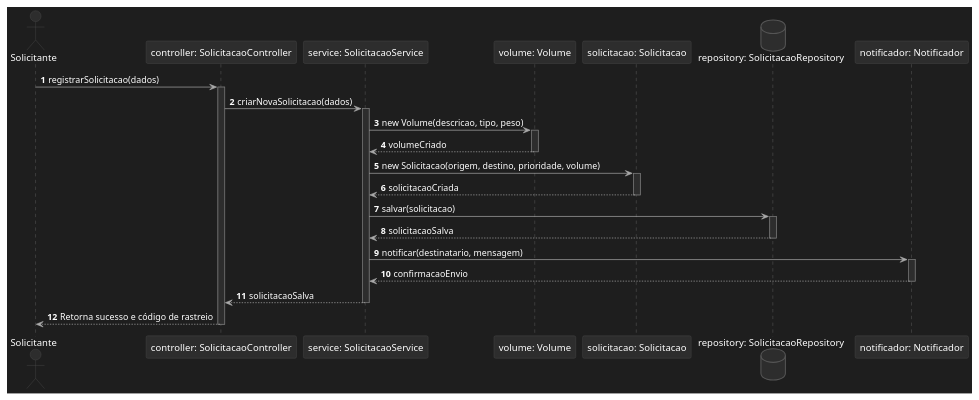
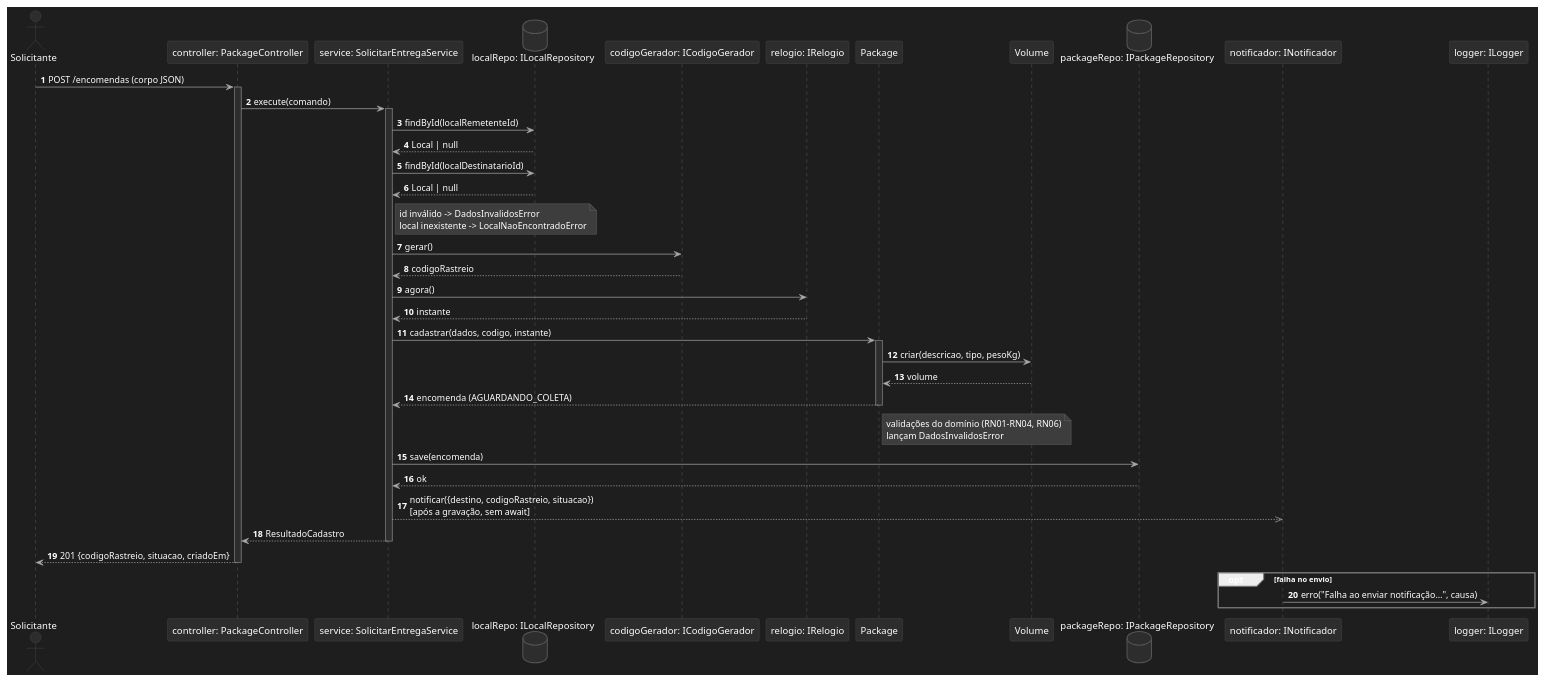
The first of 2 diagrams in docs/diagramas/sequencia.puml (SeltonMiranda/DesignDeSoftware), drawn with PlantUML before and after one commit. The commit also changed other lines of this file and 42 other files, not shown here.

Commit message:
:sparkles: feat: Arrumado dominio e diagramas

```diff
--- a/docs/diagramas/sequencia.puml
+++ b/docs/diagramas/sequencia.puml
@@ -1,75 +1,91 @@
 @startuml
+' Diagrama de sequência — cadastro de encomenda (POST /encomendas)
+
 skinparam backgroundColor #1E1E1E
 skinparam defaultFontColor #FFFFFF
 skinparam ArrowColor #AAAAAA
+skinparam shadowing false
 skinparam BoxPadding 10
-
+skinparam note {
+    BackgroundColor #3D3D3D
+    BorderColor #777777
+    FontColor #FFFFFF
+}
 skinparam participant {
     BackgroundColor #2D2D2D
     BorderColor #555555
     FontColor #FFFFFF
 }
-
 skinparam actor {
     BackgroundColor #2D2D2D
     BorderColor #555555
     FontColor #FFFFFF
 }
-
 skinparam database {
     BackgroundColor #2D2D2D
     BorderColor #555555
     FontColor #FFFFFF
 }
-
 skinparam sequence {
     LifeLineBorderColor #777777
     LifeLineBackgroundColor #2D2D2D
     ArrowColor #AAAAAA
     FontColor #FFFFFF
     BoxBorderColor #555555
     BoxBackgroundColor #1E1E1E
+    GroupBorderColor #777777
 }
 
 actor Solicitante
-participant "controller: SolicitacaoController" as Controller
-participant "service: SolicitacaoService" as Service
-participant "volume: Volume" as Vol
-participant "solicitacao: Solicitacao" as Sol
-database "repository: SolicitacaoRepository" as Repo
-participant "notificador: Notificador" as Notif
+participant "controller: PackageController" as Controller
+participant "service: SolicitarEntregaService" as Service
+database "localRepo: ILocalRepository" as LocalRepo
+participant "codigoGerador: ICodigoGerador" as Cod
+participant "relogio: IRelogio" as Rel
+participant "Package" as Pkg
+participant "Volume" as Vol
+database "packageRepo: IPackageRepository" as Repo
+participant "notificador: INotificador" as Notif
+participant "logger: ILogger" as Log
 
 autonumber
-Solicitante -> Controller: registrarSolicitacao(dados)
+Solicitante -> Controller: POST /encomendas (corpo JSON)
 activate Controller
 
-Controller -> Service: criarNovaSolicitacao(dados)
+Controller -> Service: execute(comando)
 activate Service
 
-Service -> Vol: new Volume(descricao, tipo, peso)
-activate Vol
-Vol --> Service: volumeCriado
-deactivate Vol
+Service -> LocalRepo: findById(localRemetenteId)
+LocalRepo --> Service: Local | null
+Service -> LocalRepo: findById(localDestinatarioId)
+LocalRepo --> Service: Local | null
+note right of Service: id inválido -> DadosInvalidosError\nlocal inexistente -> LocalNaoEncontradoError
 
-Service -> Sol: new Solicitacao(origem, destino, prioridade, volume)
-activate Sol
-Sol --> Service: solicitacaoCriada
-deactivate Sol
+Service -> Cod: gerar()
+Cod --> Service: codigoRastreio
+Service -> Rel: agora()
+Rel --> Service: instante
 
-Service -> Repo: salvar(solicitacao)
-activate Repo
-Repo --> Service: solicitacaoSalva
-deactivate Repo
+Service -> Pkg: cadastrar(dados, codigo, instante)
+activate Pkg
+Pkg -> Vol: criar(descricao, tipo, pesoKg)
+Vol --> Pkg: volume
+Pkg --> Service: encomenda (AGUARDANDO_COLETA)
+deactivate Pkg
+note right of Pkg: validações do domínio (RN01–RN04, RN06)\nlançam DadosInvalidosError
 
-Service -> Notif: notificar(destinatario, mensagem)
-activate Notif
-Notif --> Service: confirmacaoEnvio
-deactivate Notif
+Service -> Repo: save(encomenda)
+Repo --> Service: ok
 
-Service --> Controller: solicitacaoSalva
+Service -[#AAAAAA]->> Notif: notificar({destino, codigoRastreio, situacao})\n[após a gravação, sem await]
+Service --> Controller: ResultadoCadastro
 deactivate Service
 
-Controller --> Solicitante: Retorna sucesso e código de rastreio
+Controller --> Solicitante: 201 {codigoRastreio, situacao, criadoEm}
 deactivate Controller
 
+opt falha no envio
+    Notif -> Log: erro("Falha ao enviar notificação…", causa)
+end
+
 @enduml
```
